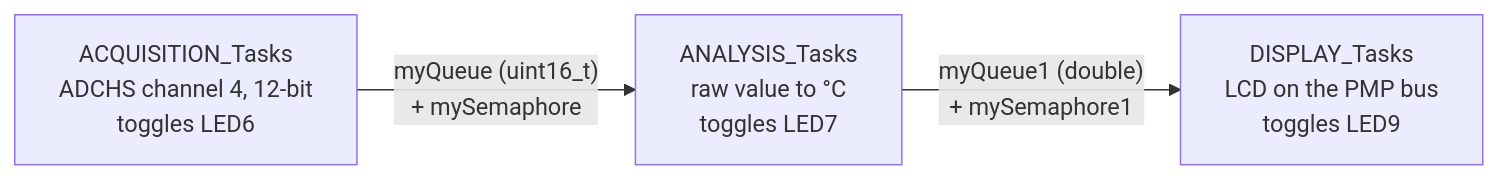
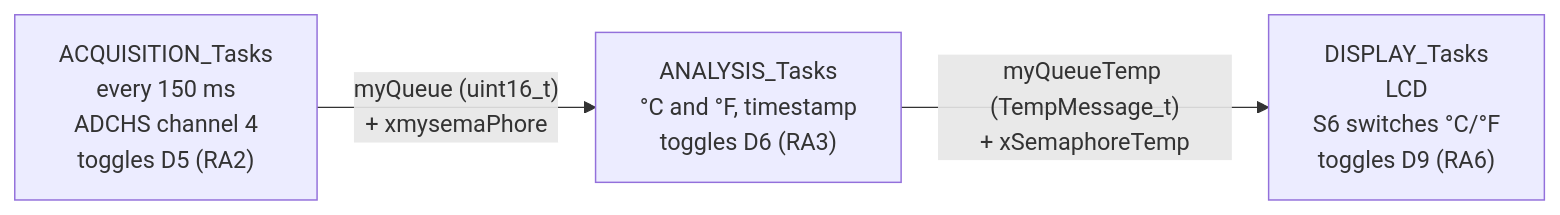
The diagram in README.md (teo1747/pic24-32-rt-thermometer), drawn with Mermaid before and after one commit. The commit also changed other lines of this file and 15 other files, not shown here.

````diff
--- a/README.md
+++ b/README.md
@@ -26,5 +54,5 @@
 ```mermaid
 flowchart LR
-  A["ACQUISITION_Tasks<br/>ADCHS channel 4, 12-bit<br/>toggles LED6"] -- "myQueue (uint16_t)<br/>+ mySemaphore" --> B["ANALYSIS_Tasks<br/>raw value to °C<br/>toggles LED7"]
-  B -- "myQueue1 (double)<br/>+ mySemaphore1" --> C["DISPLAY_Tasks<br/>LCD on the PMP bus<br/>toggles LED9"]
+  A["ACQUISITION_Tasks<br/>every 150 ms<br/>ADCHS channel 4<br/>toggles D5 (RA2)"] -- "myQueue (uint16_t)<br/>+ xmysemaPhore" --> B["ANALYSIS_Tasks<br/>°C and °F, timestamp<br/>toggles D6 (RA3)"]
+  B -- "myQueueTemp (TempMessage_t)<br/>+ xSemaphoreTemp" --> C["DISPLAY_Tasks<br/>LCD<br/>S6 switches °C/°F<br/>toggles D9 (RA6)"]
 ```
````
